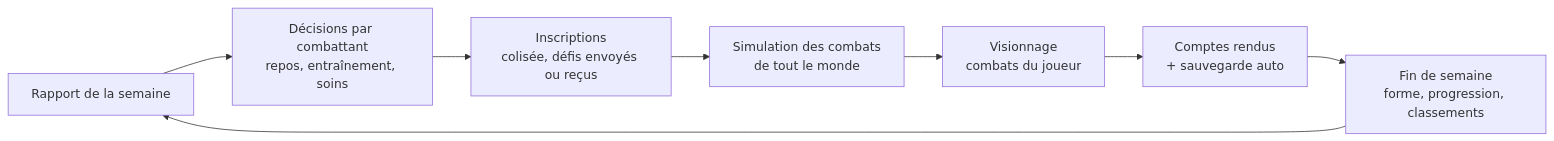
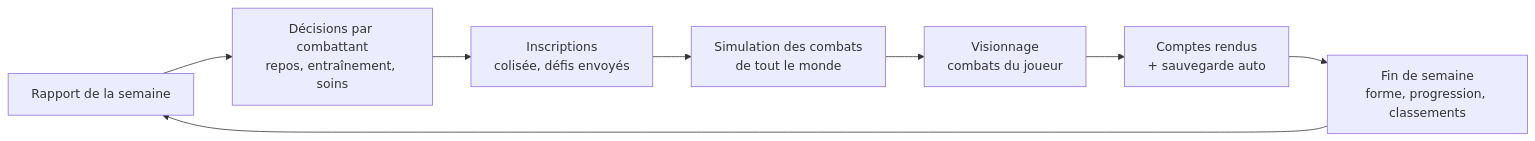
The diagram in docs/Gladiator_Manager_Plan_de_conception.md (Loris01100/Lanista), drawn with Mermaid before and after one commit. The commit also changed other lines of this file and 12 other files, not shown here.

````diff
--- a/docs/Gladiator_Manager_Plan_de_conception.md
+++ b/docs/Gladiator_Manager_Plan_de_conception.md
@@ -32,10 +32,10 @@
 ```mermaid
 flowchart LR
   A[Rapport de la semaine] --> B[Décisions par combattant<br/>repos, entraînement, soins]
-  B --> C[Inscriptions<br/>colisée, défis envoyés ou reçus]
+  B --> C[Inscriptions<br/>colisée, défis envoyés]
   C --> D[Simulation des combats<br/>de tout le monde]
   D --> E[Visionnage<br/>combats du joueur]
   E --> F[Comptes rendus<br/>+ sauvegarde auto]
   F --> G[Fin de semaine<br/>forme, progression, classements]
   G --> A
 ```
````
